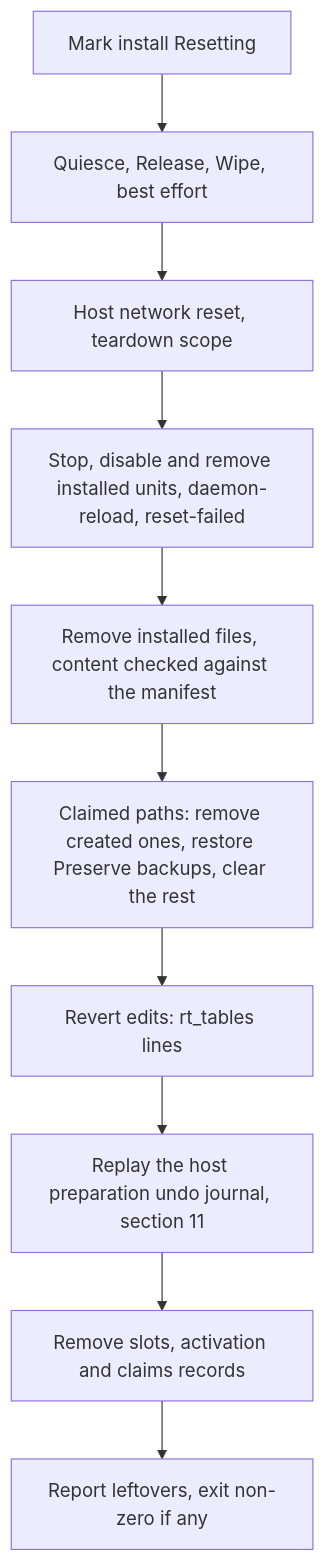
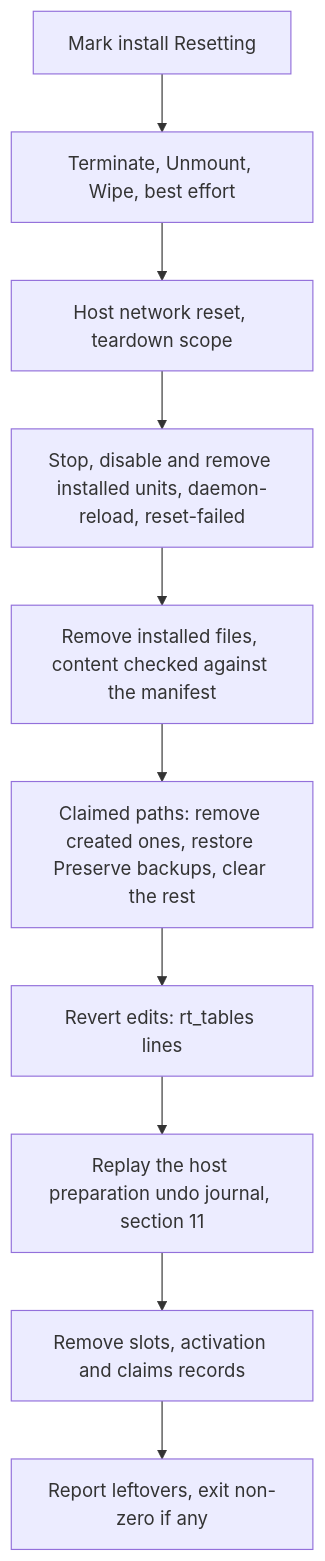
Before and after one commit to Azure/unbounded: diagram 13 of 13 in designs/agent-v2.md, drawn with Mermaid. The commit also changed other lines of this file, not shown here.

````diff
--- a/designs/agent-v2.md
+++ b/designs/agent-v2.md
@@ -1571,12 +1571,12 @@
 ```mermaid
 flowchart TD
-  A["Mark install Resetting"] --> B["Quiesce, Release, Wipe, best effort"]
+  A["Mark install Resetting"] --> B["Terminate, Unmount, Wipe, best effort"]
   B --> C["Host network reset, teardown scope"]
   C --> D["Stop, disable and remove installed units, daemon-reload, reset-failed"]
   D --> E["Remove installed files, content checked against the manifest"]
   E --> F["Claimed paths: remove created ones, restore Preserve backups, clear the rest"]
   F --> G["Revert edits: rt_tables lines"]
   G --> H["Replay the host preparation undo journal, section 11"]
   H --> I["Remove slots, activation and claims records"]
   I --> J["Report leftovers, exit non-zero if any"]
 ```
````
